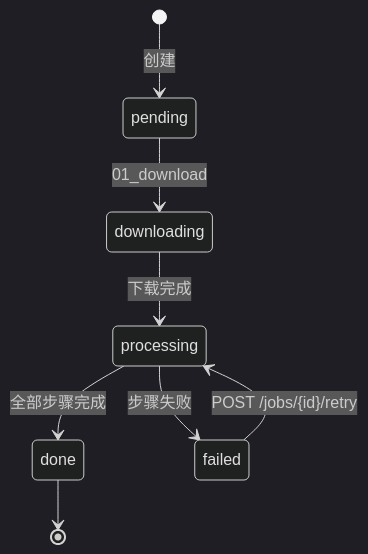
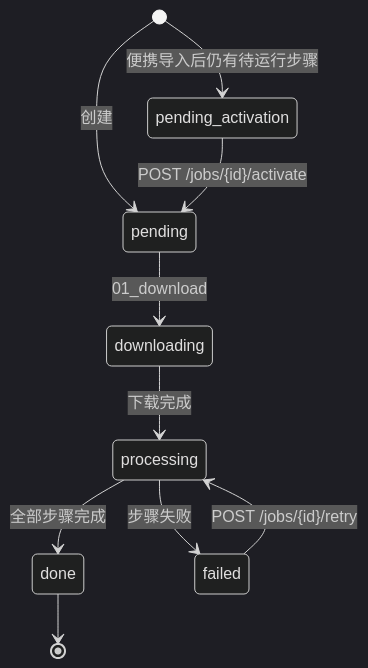
The first of 2 diagrams in docs/02-domain-model.md (Gwzlchn/Flori), drawn with Mermaid (dark theme) before and after one commit. The commit also changed other lines of this file and 79 other files, not shown here.

````diff
--- a/docs/02-domain-model.md
+++ b/docs/02-domain-model.md
@@ -373,10 +373,12 @@
 ```mermaid
 stateDiagram-v2
     [*] --> pending : 创建
+    [*] --> pending_activation : 便携导入后仍有待运行步骤
+    pending_activation --> pending : POST /jobs/{id}/activate
     pending --> downloading : 01_download
     downloading --> processing : 下载完成
     processing --> done : 全部步骤完成
     processing --> failed : 步骤失败
     failed --> processing : POST /jobs/{id}/retry
     done --> [*]
 ```
````
